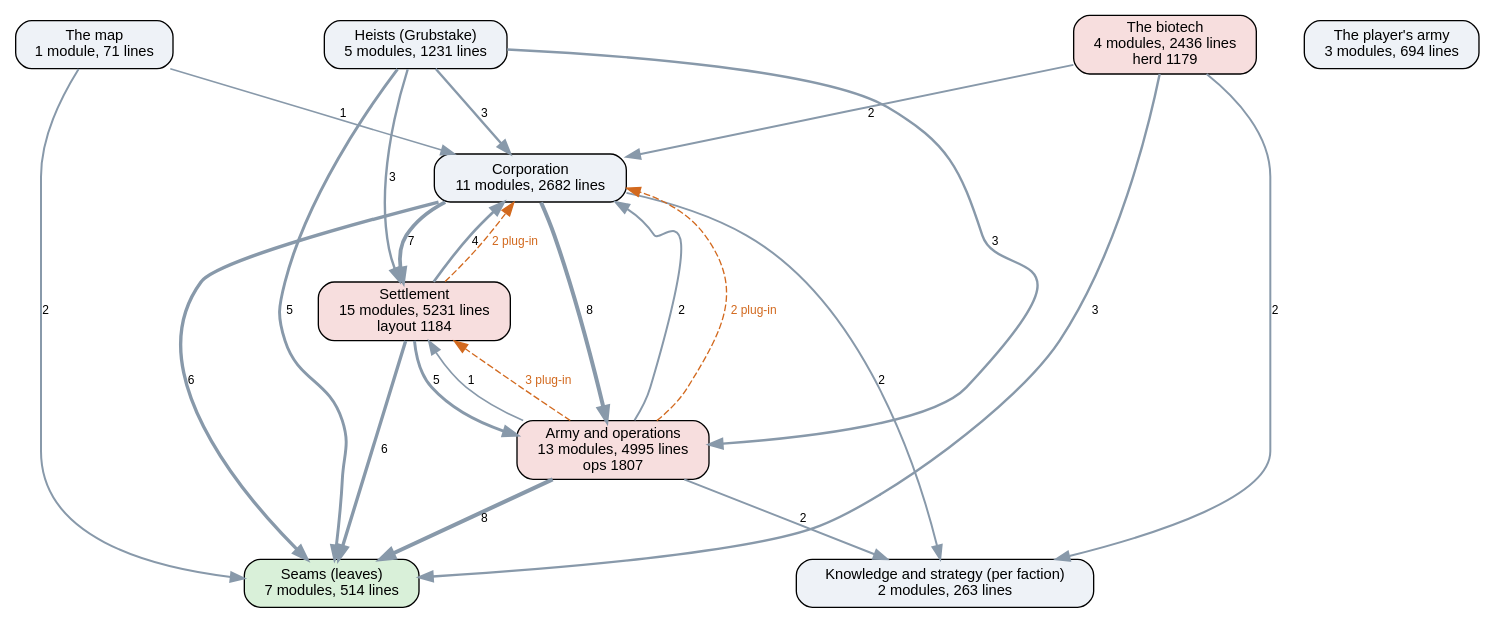
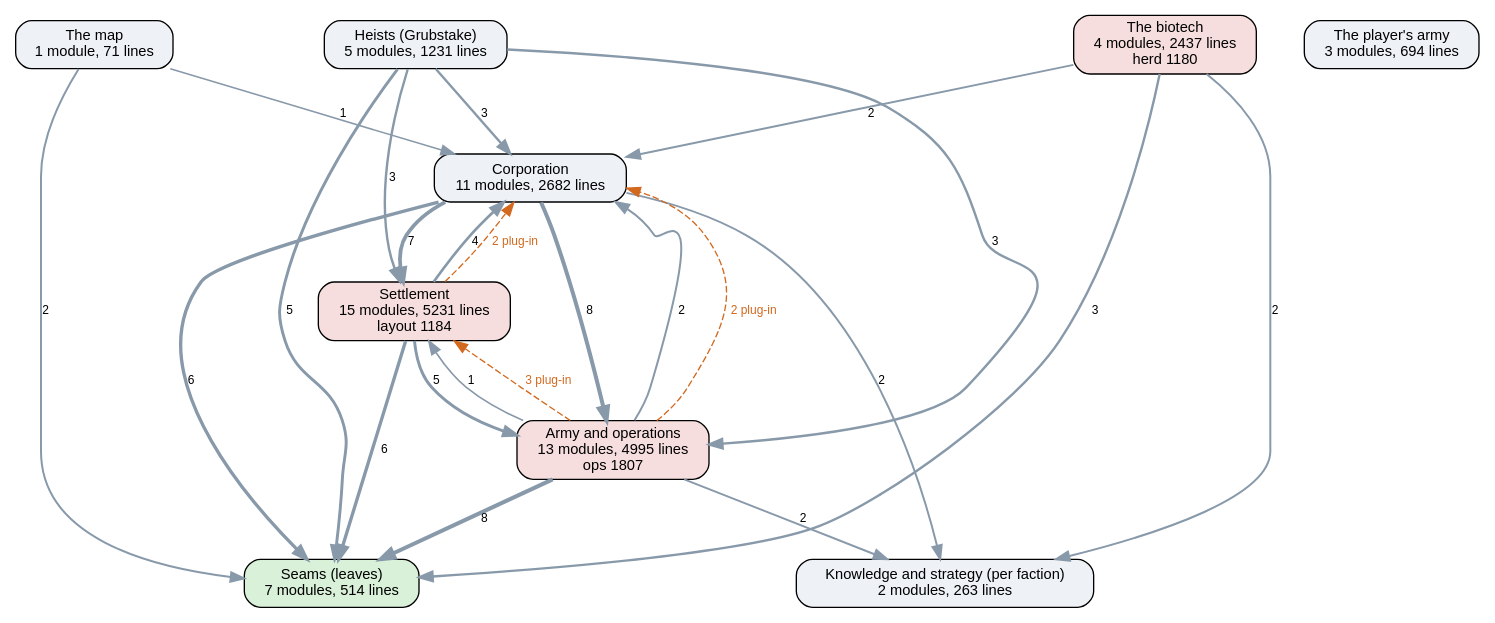
The diagram in docs/ai-layers.dot (kinelhu/landing-party), drawn with Graphviz before and after one commit. The commit also changed 4 other files, not shown here.

First line of the commit message:
Docs: the AI graph regenerated for 0.2.16

```diff
--- a/docs/ai-layers.dot
+++ b/docs/ai-layers.dot
@@ -1,37 +1,37 @@
 digraph layers {
   graph [rankdir=TB, fontname="Helvetica", nodesep=0.5, ranksep=0.7];
   node [shape=box, style="rounded,filled", fontname="Helvetica", fontsize=11, fillcolor="#eef2f7"];
   edge [color="#8899aa", fontname="Helvetica", fontsize=9];
   "Seams (leaves)" [label="Seams (leaves)\n7 modules, 514 lines", fillcolor="#d9f0d9"];
   "Knowledge and strategy (per faction)" [label="Knowledge and strategy (per faction)\n2 modules, 263 lines", fillcolor="#eef2f7"];
   "Corporation" [label="Corporation\n11 modules, 2682 lines", fillcolor="#eef2f7"];
   "Settlement" [label="Settlement\n15 modules, 5231 lines\nlayout 1184", fillcolor="#f7dede"];
   "Army and operations" [label="Army and operations\n13 modules, 4995 lines\nops 1807", fillcolor="#f7dede"];
   "Heists (Grubstake)" [label="Heists (Grubstake)\n5 modules, 1231 lines", fillcolor="#eef2f7"];
-  "The biotech" [label="The biotech\n4 modules, 2436 lines\nherd 1179", fillcolor="#f7dede"];
+  "The biotech" [label="The biotech\n4 modules, 2437 lines\nherd 1180", fillcolor="#f7dede"];
   "The map" [label="The map\n1 module, 71 lines", fillcolor="#eef2f7"];
   "The player's army" [label="The player's army\n3 modules, 694 lines", fillcolor="#eef2f7"];
   "Army and operations" -> "Corporation" [label="2", penwidth=1.5];
   "Army and operations" -> "Knowledge and strategy (per faction)" [label="2", penwidth=1.5];
   "Army and operations" -> "Seams (leaves)" [label="8", penwidth=3.0];
   "Army and operations" -> "Settlement" [label="1", penwidth=1.2];
   "Corporation" -> "Army and operations" [label="8", penwidth=3.0];
   "Corporation" -> "Knowledge and strategy (per faction)" [label="2", penwidth=1.5];
   "Corporation" -> "Seams (leaves)" [label="6", penwidth=2.5];
   "Corporation" -> "Settlement" [label="7", penwidth=2.8];
   "Heists (Grubstake)" -> "Army and operations" [label="3", penwidth=1.8];
   "Heists (Grubstake)" -> "Corporation" [label="3", penwidth=1.8];
   "Heists (Grubstake)" -> "Seams (leaves)" [label="5", penwidth=2.2];
   "Heists (Grubstake)" -> "Settlement" [label="3", penwidth=1.8];
   "Settlement" -> "Army and operations" [label="5", penwidth=2.2];
   "Settlement" -> "Corporation" [label="4", penwidth=2.0];
   "Settlement" -> "Seams (leaves)" [label="6", penwidth=2.5];
   "The biotech" -> "Corporation" [label="2", penwidth=1.5];
   "The biotech" -> "Knowledge and strategy (per faction)" [label="2", penwidth=1.5];
   "The biotech" -> "Seams (leaves)" [label="3", penwidth=1.8];
   "The map" -> "Corporation" [label="1", penwidth=1.2];
   "The map" -> "Seams (leaves)" [label="2", penwidth=1.5];
   "Army and operations" -> "Corporation" [style=dashed, color="#d2691e", fontcolor="#d2691e", label="2 plug-in"];
   "Army and operations" -> "Settlement" [style=dashed, color="#d2691e", fontcolor="#d2691e", label="3 plug-in"];
   "Settlement" -> "Corporation" [style=dashed, color="#d2691e", fontcolor="#d2691e", label="2 plug-in"];
 }
```
